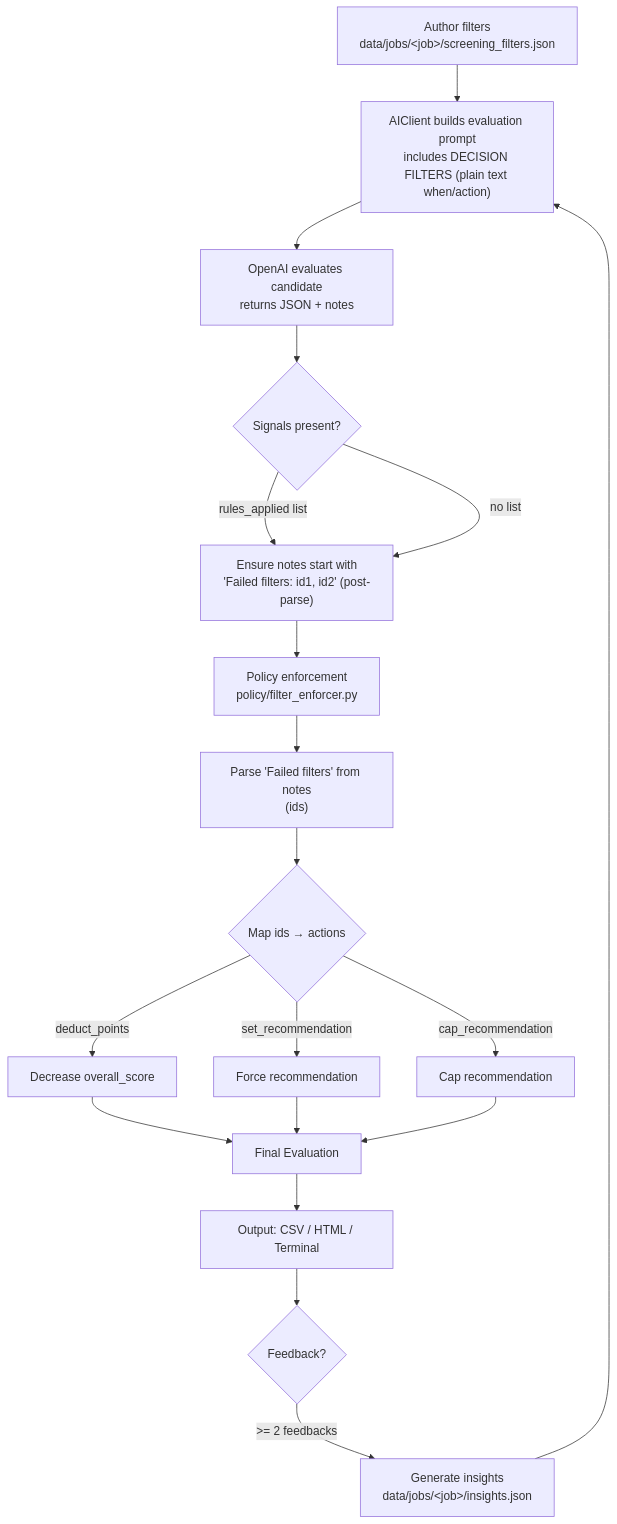
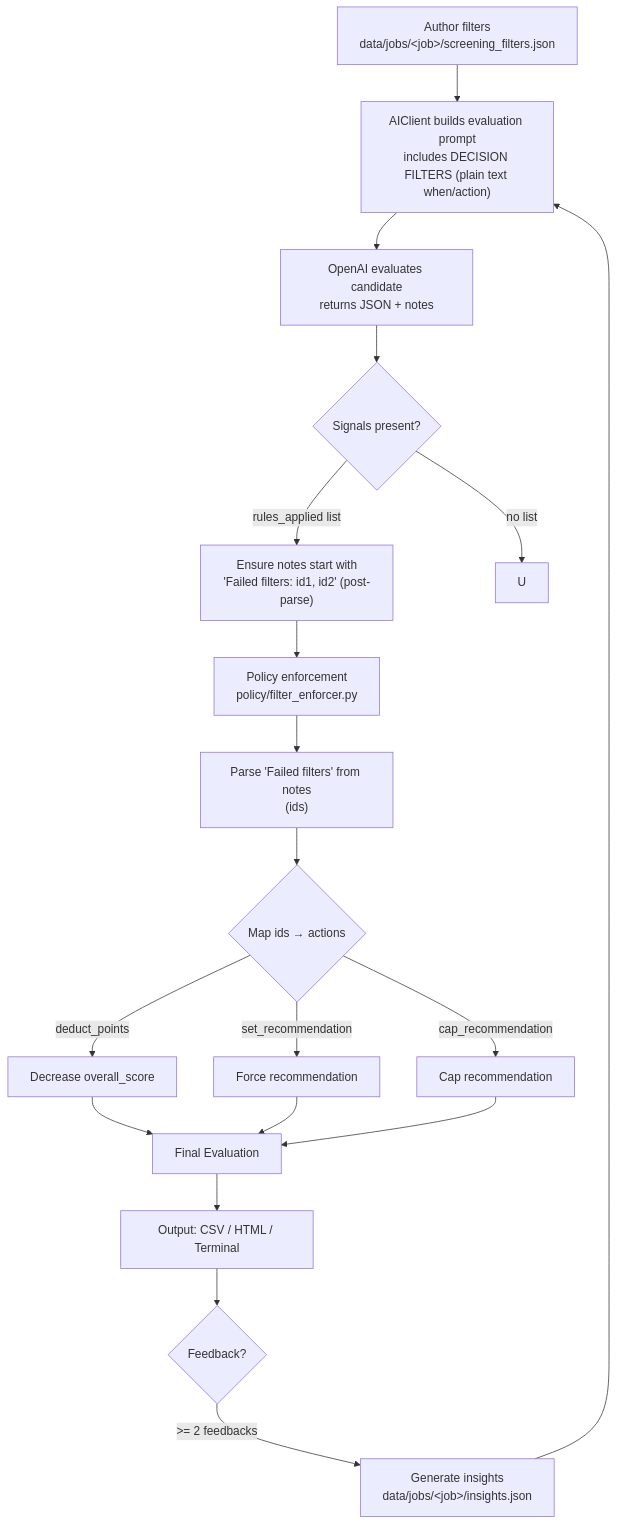
One commit to KjellKod/ai_job_candidate_reviewer changed the diagram in SCREENING_FILTERS.md. Above: the diagram before and after it, drawn with Mermaid. The commit also changed 1 other file, not shown here.

````diff
--- a/SCREENING_FILTERS.md
+++ b/SCREENING_FILTERS.md
@@ -20,21 +20,21 @@
 ```mermaid
 flowchart TD
   A["Author filters<br/>data/jobs/&lt;job&gt;/screening_filters.json"] --> B["AIClient builds evaluation prompt<br/>includes DECISION FILTERS (plain text when/action)"]
   B --> C["OpenAI evaluates candidate<br/>returns JSON + notes"]
   C --> C1{"Signals present?"}
   C1 -->|rules_applied list| C2["Ensure notes start with<br/>'Failed filters: id1, id2' (post-parse)"]
-  C1 -->|no list| C2
+  C1 -->|no list| U
   C2 --> D["Policy enforcement<br/>policy/filter_enforcer.py"]
   D --> D1["Parse 'Failed filters' from notes<br/>(ids)"]
   D1 --> E{"Map ids → actions"}
   E -->|deduct_points| F["Decrease overall_score"]
   E -->|set_recommendation| G["Force recommendation"]
   E -->|cap_recommendation| H["Cap recommendation"]
   F --> I["Final Evaluation"]
   G --> I
   H --> I
   I --> J["Output: CSV / HTML / Terminal"]
   J --> K{"Feedback?"}
   K -->|>= 2 feedbacks| L["Generate insights<br/>data/jobs/&lt;job&gt;/insights.json"]
   L --> B
 ```
````
